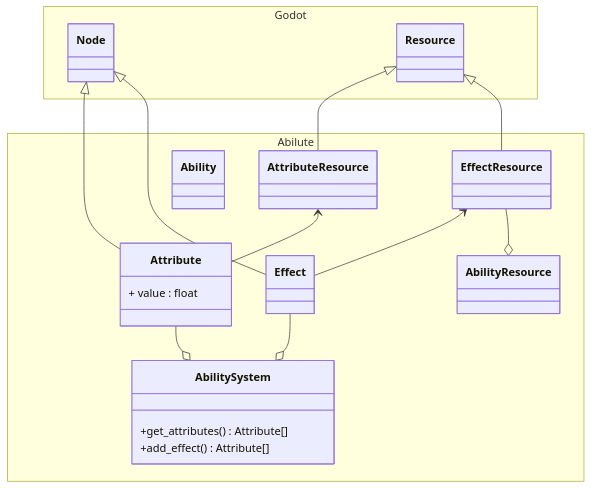
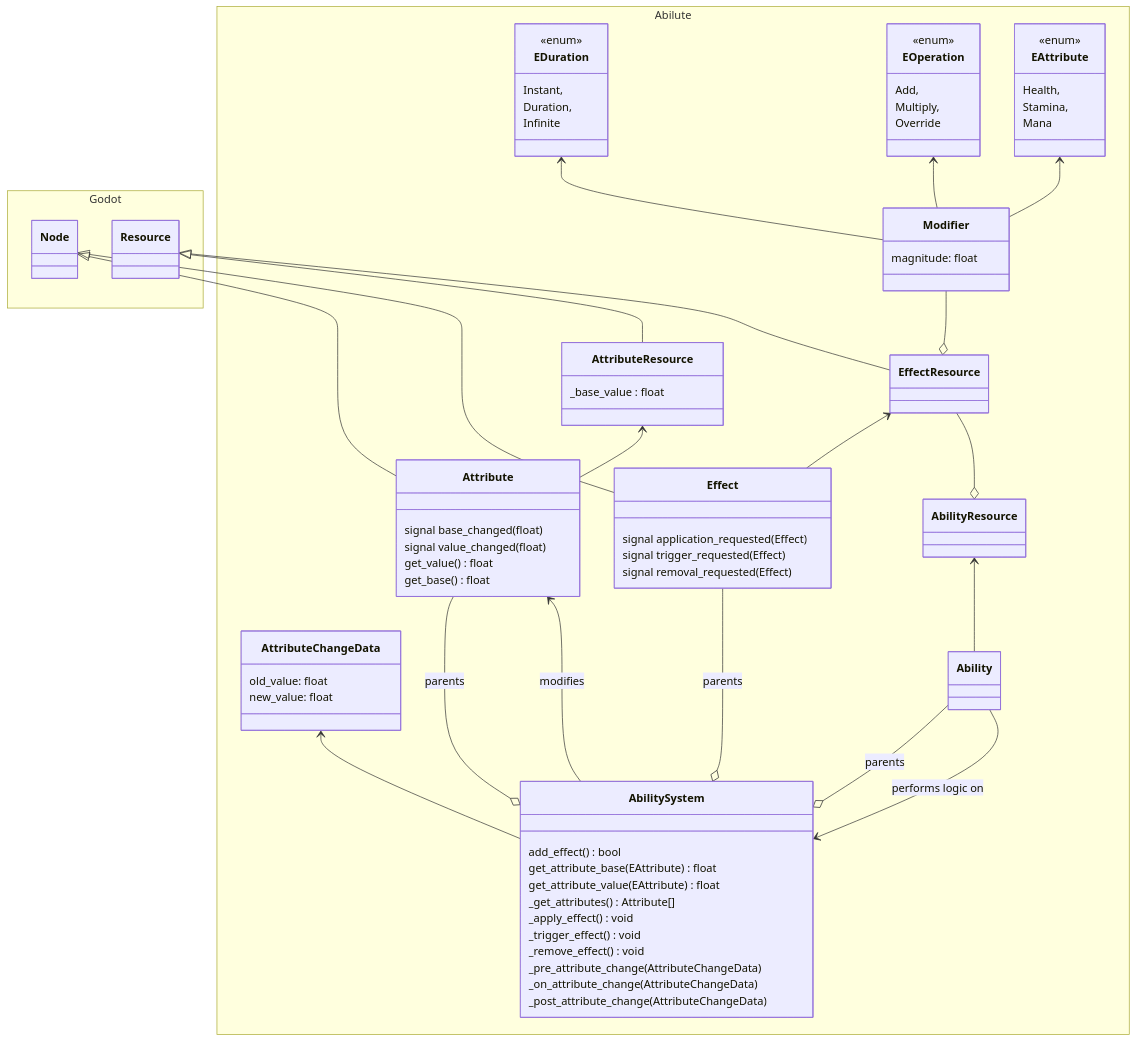
The diagram in README.md (nilsiker/abilute), drawn with Mermaid before and after one commit. The commit also changed other lines of this file and 11 other files, not shown here.

````diff
--- a/README.md
+++ b/README.md
@@ -50,18 +23,63 @@
 }
 
 namespace Abilute {
+    class AttributeChangeData {
+        old_value: float
+        new_value: float
+    }
     class AbilitySystem {
-        +get_attributes() Attribute[]
-        +add_effect() Attribute[]
+        add_effect() bool
+        get_attribute_base(EAttribute) float
+        get_attribute_value(EAttribute) float
+        _get_attributes() Attribute[]
+        _apply_effect() void
+        _trigger_effect() void
+        _remove_effect() void
+
+        _pre_attribute_change(AttributeChangeData)
+        _on_attribute_change(AttributeChangeData)
+        _post_attribute_change(AttributeChangeData)
     }
     class Attribute {
-        + value : float
+        signal base_changed(float)
+        signal value_changed(float)
+        
+        get_value() float
+        get_base() float
+
     }
-    class AttributeResource
-    class Effect
+    class AttributeResource {
+        _base_value : float
+    }
+    class Effect {
+        signal application_requested(Effect)
+        signal trigger_requested(Effect)
+        signal removal_requested(Effect)
+    }
     class EffectResource
     class Ability
     class AbilityResource
+    class Modifier {
+        magnitude: float
+    }
+    class EDuration {
+        <<enum>>
+        Instant,
+        Duration,
+        Infinite
+    }
+    class EOperation {
+        <<enum>>
+        Add,
+        Multiply,
+        Override
+    }
+    class EAttribute {
+        <<enum>>
+        Health,
+        Stamina,
+        Mana
+    }
 }
 
 Attribute--|>Node
@@ -69,12 +87,24 @@
 AttributeResource--|>Resource
 EffectResource--|>Resource
 
+AbilitySystem o-- Attribute: parents
+AbilitySystem o-- Effect: parents
+AbilitySystem o-- Ability: parents
+
 Attribute-->AttributeResource
 Effect-->EffectResource
 
-AbilitySystem o-- Attribute
-AbilitySystem o-- Effect
+Ability-->AbilityResource
+AbilityResource o-- EffectResource
+Ability --> AbilitySystem: performs logic on
 
-AbilityResource o-- EffectResource
+Modifier --> EAttribute
+Modifier --> EOperation
+Modifier --> EDuration
+
+EffectResource o-- Modifier
+
+AbilitySystem --> Attribute: modifies
+AbilitySystem --> AttributeChangeData
 
 ```
````
